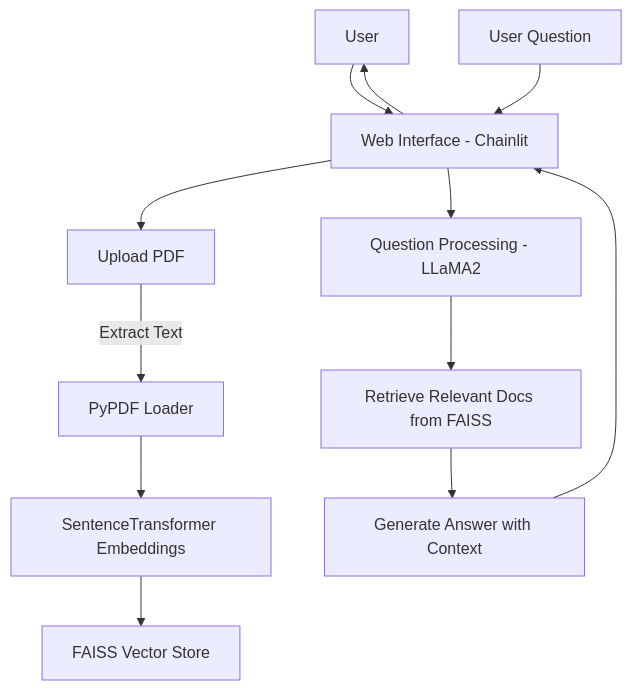
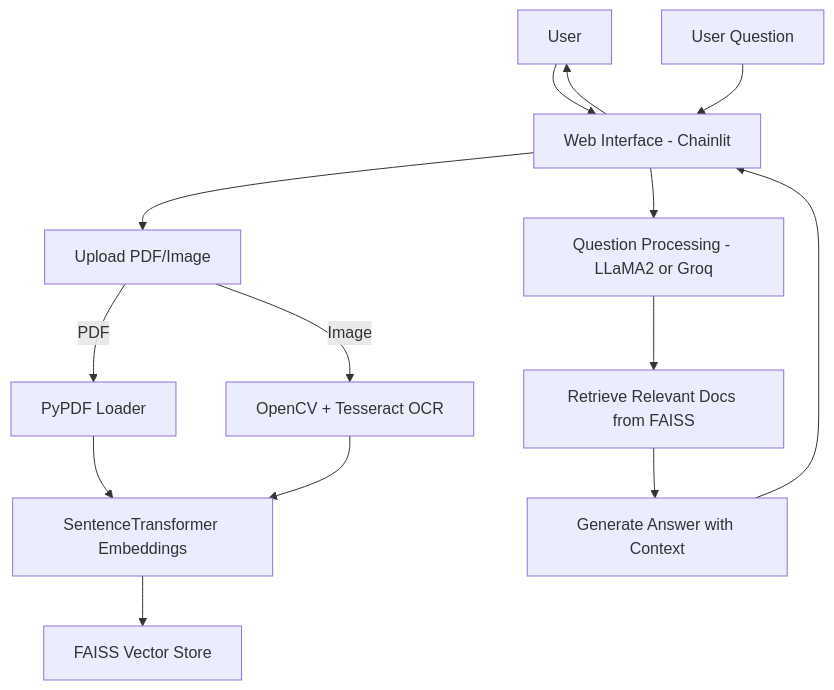
Before and after one commit to arunava-12/RAG-based-Llama2-Medical-Chatbot: the diagram in README.md, drawn with Mermaid. The commit also changed other lines of this file, not shown here.

`````diff
--- a/README.md
+++ b/README.md
@@ -46,14 +52,17 @@
 ```mermaid
 flowchart TD
     U[User] --> UI[Web Interface - Chainlit]
-    UI --> UP[Upload PDF]
-    UP -->|Extract Text| PYPDF[PyPDF Loader]
+    UI --> UP[Upload PDF/Image]
+    UP -->|PDF| PYPDF[PyPDF Loader]
+    UP -->|Image| OCR[OpenCV + Tesseract OCR]
     PYPDF --> EMB[SentenceTransformer Embeddings]
+    OCR --> EMB
     EMB --> VEC[FAISS Vector Store]
+
     Q[User Question] --> UI
-    UI --> LLMQ[Question Processing - LLaMA2]
+    UI --> LLMQ[Question Processing - LLaMA2 or Groq]
     LLMQ --> RET[Retrieve Relevant Docs from FAISS]
     RET --> GEN[Generate Answer with Context]
     GEN --> UI
     UI --> U
-```
+````
`````
